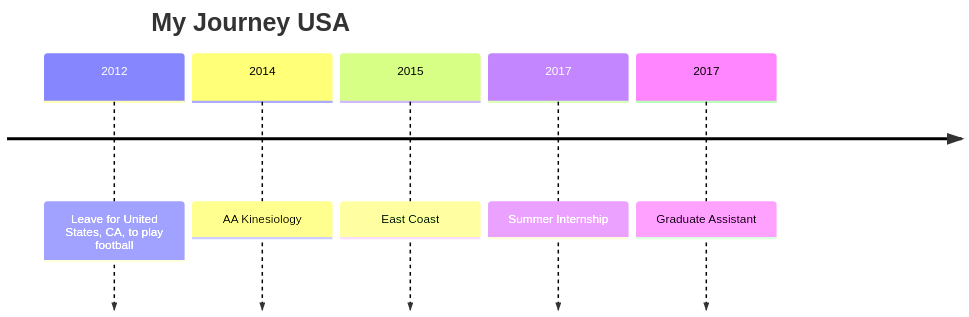
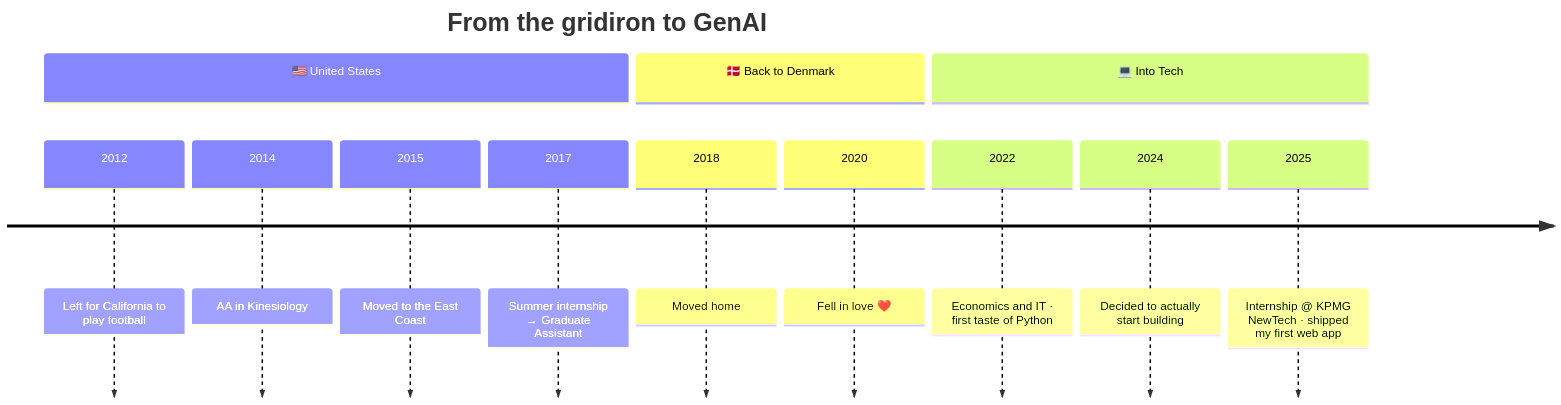
The diagram in README.md (Walliiee/Walliiee), drawn with Mermaid before and after one commit. The commit also changed other lines of this file and 2 other files, not shown here.

````diff
--- a/README.md
+++ b/README.md
@@ -62,9 +84,16 @@
 ```mermaid
 timeline
-  title My Journey USA
-  2012 : Leave for United States, CA, to play football
-  2014 : AA Kinesiology
-  2015 : East Coast
-  2017 : Summer Internship
-  2017 : Graduate Assistant
+  title From the gridiron to GenAI
+  section 🇺🇸 United States
+    2012 : Left for California to play football
+    2014 : AA in Kinesiology
+    2015 : Moved to the East Coast
+    2017 : Summer internship → Graduate Assistant
+  section 🇩🇰 Back to Denmark
+    2018 : Moved home
+    2020 : Fell in love ❤️
+  section 💻 Into Tech
+    2022 : Economics and IT · first taste of Python
+    2024 : Decided to actually start building
+    2025 : Internship @ KPMG NewTech · shipped my first web app
 ```
````
